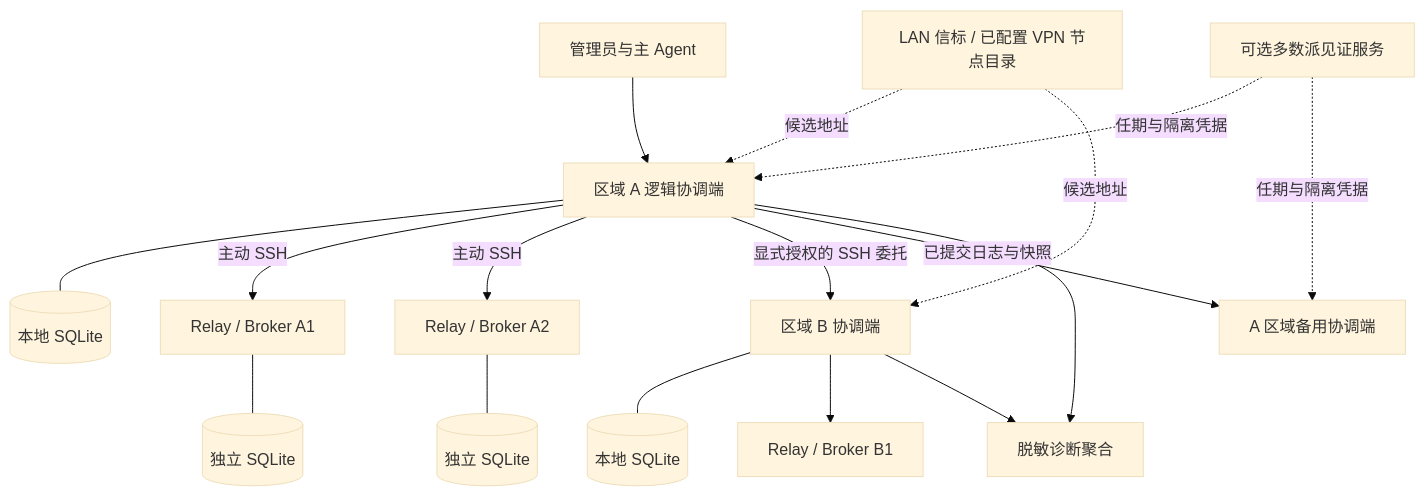
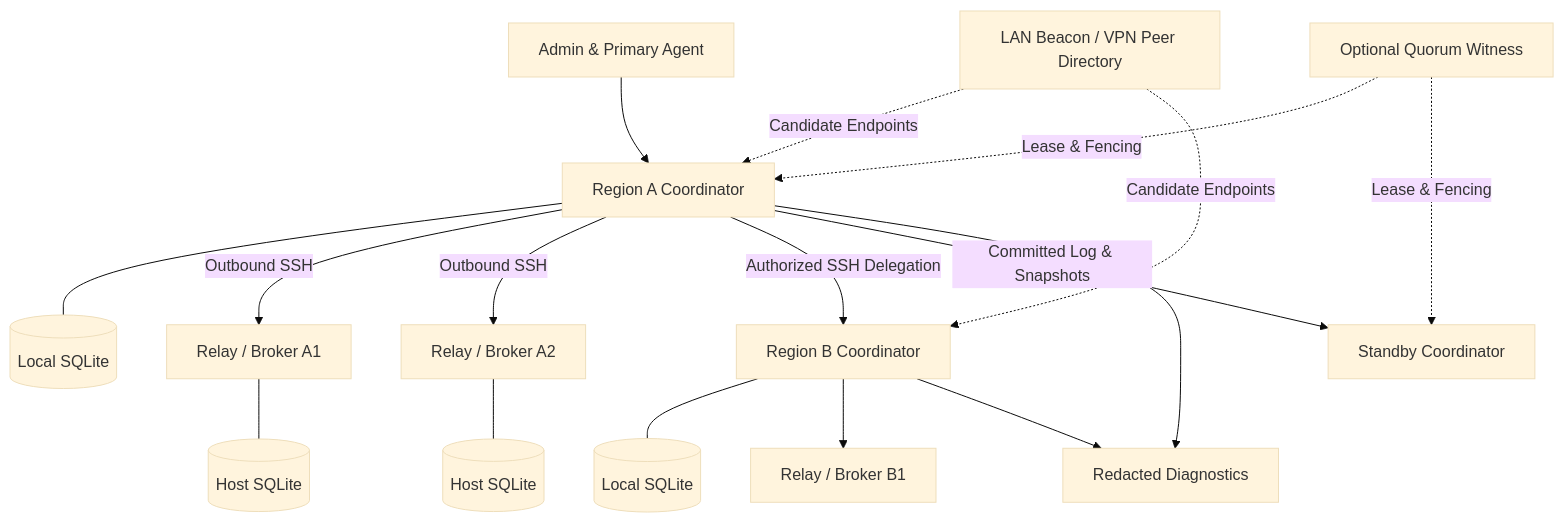
Before and after one commit to qinjian623/agent-bridge: the diagram in docs/multi-machine-future-design.md, drawn with Mermaid (base theme). The commit also changed other lines of this file and 53 other files, not shown here.

````diff
--- a/docs/multi-machine-future-design.md
+++ b/docs/multi-machine-future-design.md
@@ -27,19 +24,19 @@
 ```mermaid
 flowchart TB
-    Admin[管理员与主 Agent] --> CA[区域 A 逻辑协调端]
-    CA --- ADB[(本地 SQLite)]
-    CA -->|主动 SSH| A1[Relay / Broker A1]
-    CA -->|主动 SSH| A2[Relay / Broker A2]
-    A1 --- D1[(独立 SQLite)]
-    A2 --- D2[(独立 SQLite)]
-    CA -->|显式授权的 SSH 委托| CB[区域 B 协调端]
-    CB --- BDB[(本地 SQLite)]
+    Admin[Admin & Primary Agent] --> CA[Region A Coordinator]
+    CA --- ADB[(Local SQLite)]
+    CA -->|Outbound SSH| A1[Relay / Broker A1]
+    CA -->|Outbound SSH| A2[Relay / Broker A2]
+    A1 --- D1[(Host SQLite)]
+    A2 --- D2[(Host SQLite)]
+    CA -->|Authorized SSH Delegation| CB[Region B Coordinator]
+    CB --- BDB[(Local SQLite)]
     CB --> B1[Relay / Broker B1]
-    Discovery[LAN 信标 / 已配置 VPN 节点目录] -.候选地址.-> CA
-    Discovery -.候选地址.-> CB
-    CA -->|已提交日志与快照| Standby[A 区域备用协调端]
-    Witness[可选多数派见证服务] -.任期与隔离凭据.-> CA
-    Witness -.任期与隔离凭据.-> Standby
-    CA --> Aggregate[脱敏诊断聚合]
+    Discovery[LAN Beacon / VPN Peer Directory] -.Candidate Endpoints.-> CA
+    Discovery -.Candidate Endpoints.-> CB
+    CA -->|Committed Log & Snapshots| Standby[Standby Coordinator]
+    Witness[Optional Quorum Witness] -.Lease & Fencing.-> CA
+    Witness -.Lease & Fencing.-> Standby
+    CA --> Aggregate[Redacted Diagnostics]
     CB --> Aggregate
 ```
````
